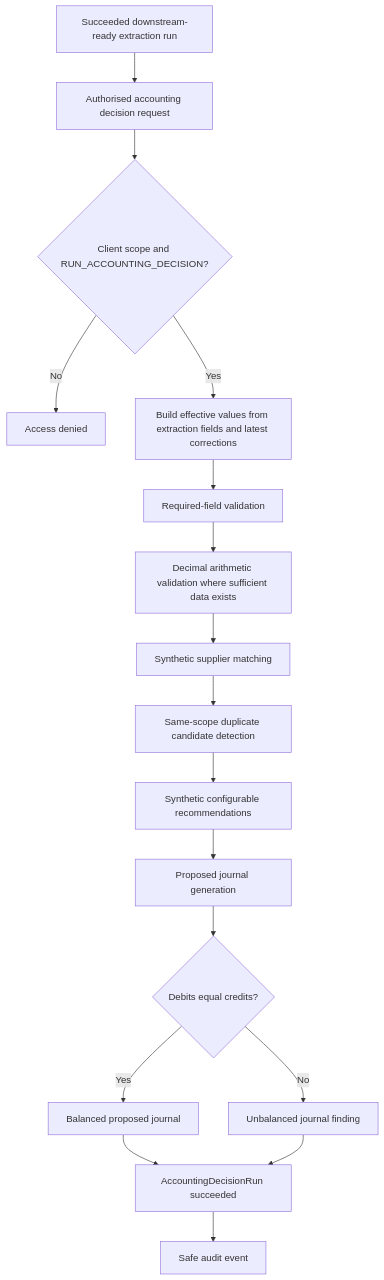
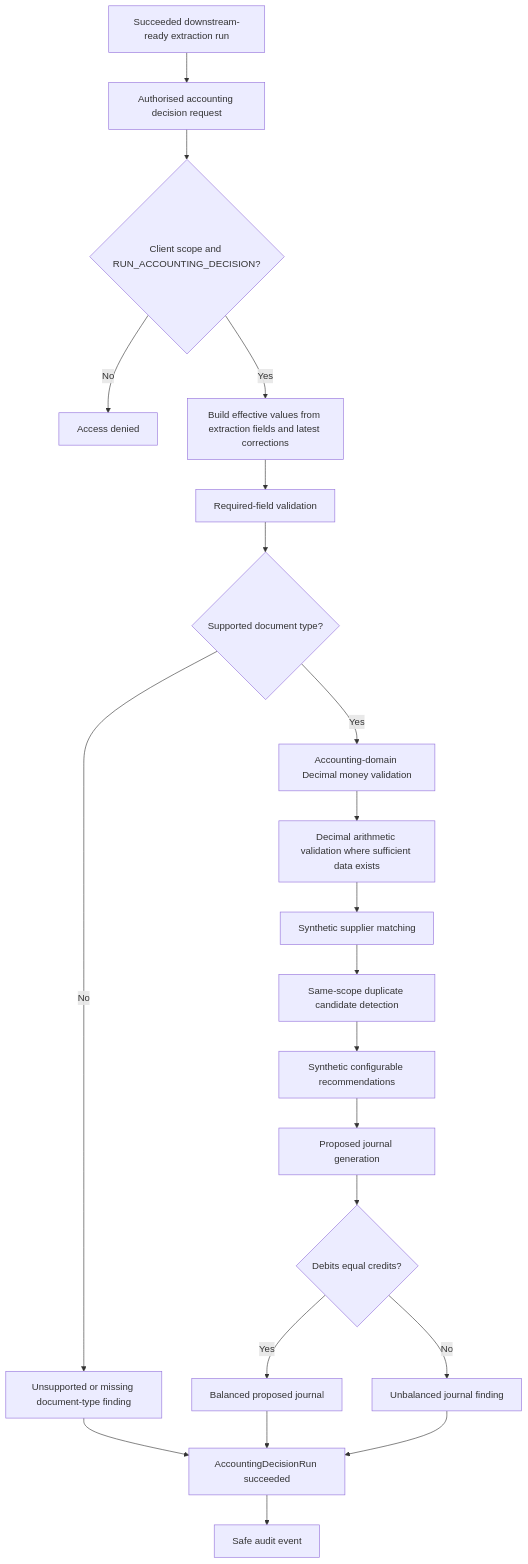
One commit to Linardi1328/ledgerpilot-ai changed the third of 6 diagrams in docs/WORKFLOWS.md. Above: the diagram before and after it, drawn with Mermaid. The commit also changed other lines of this file and 12 other files, not shown here.

Commit message:
Phase 4 hardening: enforce accounting decision invariants

````diff
--- a/docs/WORKFLOWS.md
+++ b/docs/WORKFLOWS.md
@@ -59,19 +59,23 @@
 ```mermaid
 flowchart TD
     A[Succeeded downstream-ready extraction run] --> B[Authorised accounting decision request]
     B --> C{Client scope and RUN_ACCOUNTING_DECISION?}
     C -->|No| D[Access denied]
     C -->|Yes| E[Build effective values from extraction fields and latest corrections]
     E --> F[Required-field validation]
-    F --> G[Decimal arithmetic validation where sufficient data exists]
-    G --> H[Synthetic supplier matching]
-    H --> I[Same-scope duplicate candidate detection]
-    I --> J[Synthetic configurable recommendations]
-    J --> K[Proposed journal generation]
-    K --> L{Debits equal credits?}
-    L -->|Yes| M[Balanced proposed journal]
-    L -->|No| N[Unbalanced journal finding]
-    M --> O[AccountingDecisionRun succeeded]
-    N --> O
-    O --> P[Safe audit event]
+    F --> G{Supported document type?}
+    G -->|No| H[Unsupported or missing document-type finding]
+    G -->|Yes| I[Accounting-domain Decimal money validation]
+    I --> J[Decimal arithmetic validation where sufficient data exists]
+    J --> K[Synthetic supplier matching]
+    K --> L[Same-scope duplicate candidate detection]
+    L --> M[Synthetic configurable recommendations]
+    M --> N[Proposed journal generation]
+    N --> O{Debits equal credits?}
+    O -->|Yes| P[Balanced proposed journal]
+    O -->|No| Q[Unbalanced journal finding]
+    H --> R[AccountingDecisionRun succeeded]
+    P --> R
+    Q --> R
+    R --> S[Safe audit event]
 ```
````
